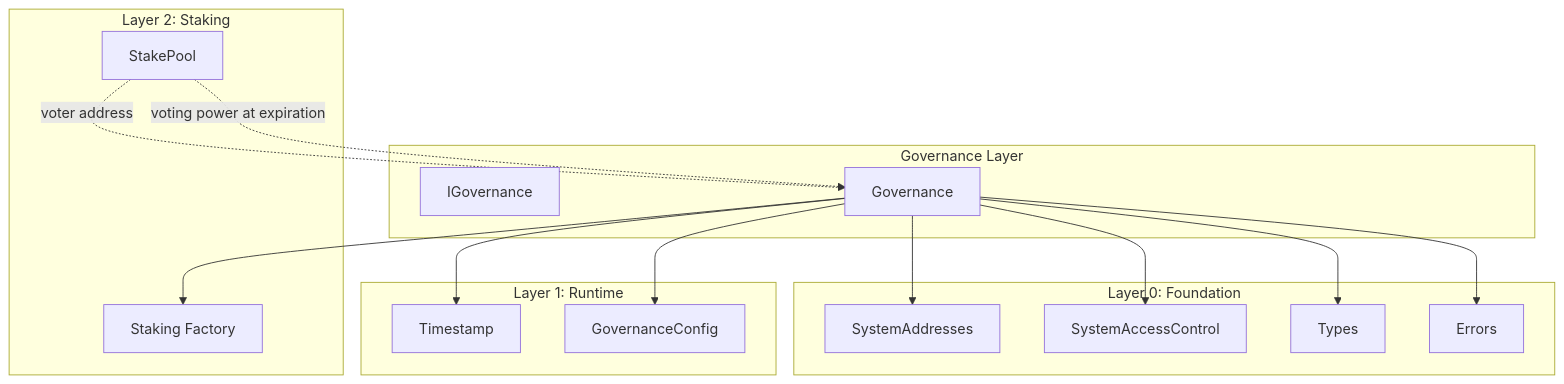
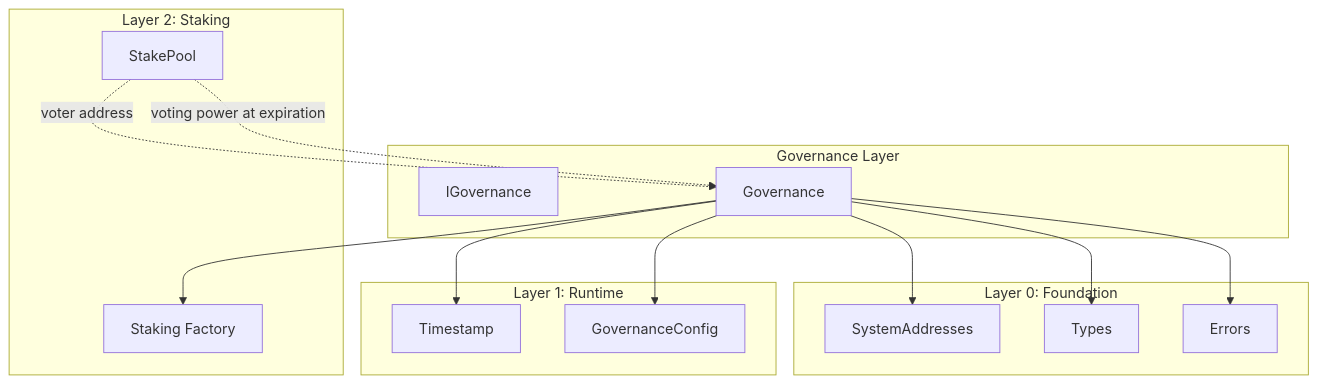
One commit to Galxe/gravity_chain_core_contracts changed the diagram in spec_v2/governance.spec.md. Above: the diagram before and after it, drawn with Mermaid. The commit also changed other lines of this file and 1 other file, not shown here.

````diff
--- a/spec_v2/governance.spec.md
+++ b/spec_v2/governance.spec.md
@@ -78,35 +83,33 @@
 ```mermaid
 graph TD
     subgraph Foundation[Layer 0: Foundation]
         SA[SystemAddresses]
-        SAC[SystemAccessControl]
         T[Types]
         E[Errors]
     end
 
     subgraph Runtime[Layer 1: Runtime]
         TS[Timestamp]
         GC[GovernanceConfig]
     end
 
     subgraph Staking[Layer 2: Staking]
         S[Staking Factory]
         SP[StakePool]
     end
 
     subgraph GovernanceLayer[Governance Layer]
         IG[IGovernance]
         G[Governance]
     end
 
     G --> SA
-    G --> SAC
     G --> T
     G --> E
     G --> TS
     G --> GC
     G --> S
 
     SP -.->|voter address| G
     SP -.->|voting power at expiration| G
 ```
````
